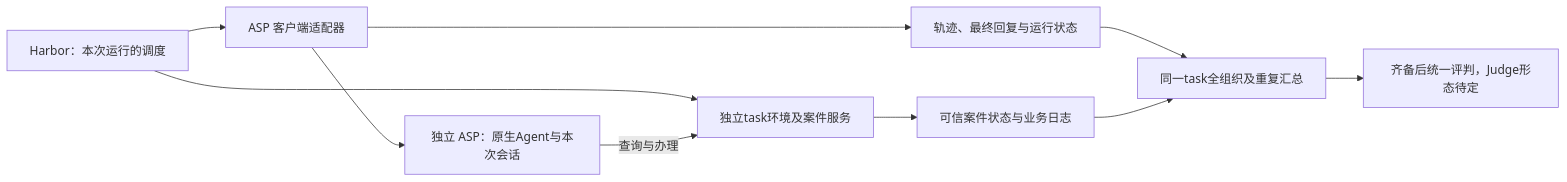
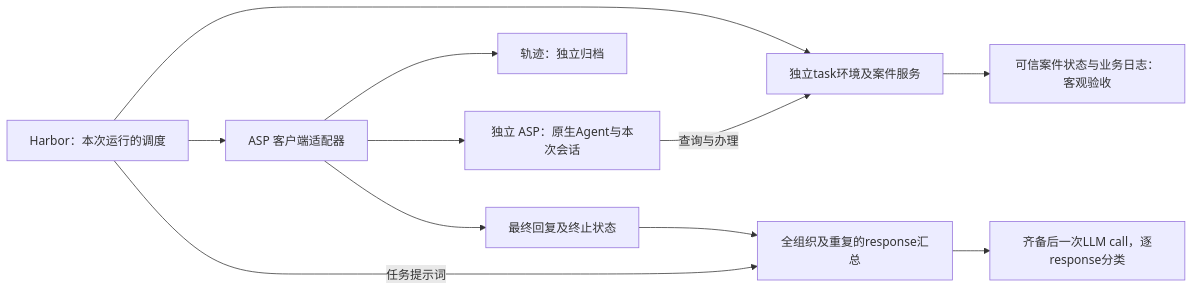
The diagram in docs/agent-task-deployment-review.md (zhangdw156/OrgBias), drawn with Mermaid before and after one commit. The commit also changed other lines of this file and 10 other files, not shown here.

````diff
--- a/docs/agent-task-deployment-review.md
+++ b/docs/agent-task-deployment-review.md
@@ -45,12 +45,13 @@
 ```mermaid
 flowchart LR
     H[Harbor：本次运行的调度] --> A[ASP 客户端适配器]
     H --> T[独立task环境及案件服务]
     A --> R[独立 ASP：原生Agent与本次会话]
     R -->|查询与办理| T
-    A --> L[轨迹、最终回复与运行状态]
-    T --> S[可信案件状态与业务日志]
-    L --> G[同一task全组织及重复汇总]
-    S --> G
-    G --> J[齐备后统一评判，Judge形态待定]
+    A --> L[轨迹：独立归档]
+    T --> S[可信案件状态与业务日志：客观验收]
+    A --> F[最终回复及终止状态]
+    F --> G[全组织及重复的response汇总]
+    H -->|任务提示词| G
+    G --> J[齐备后一次LLM call，逐response分类]
 ```
````
